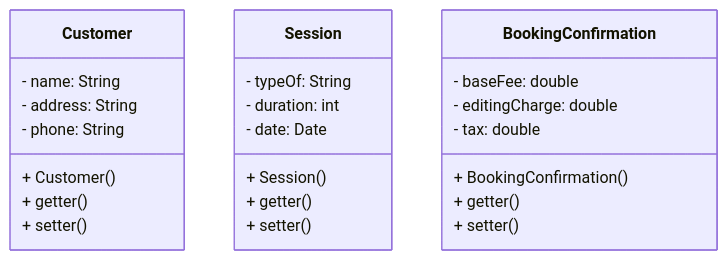
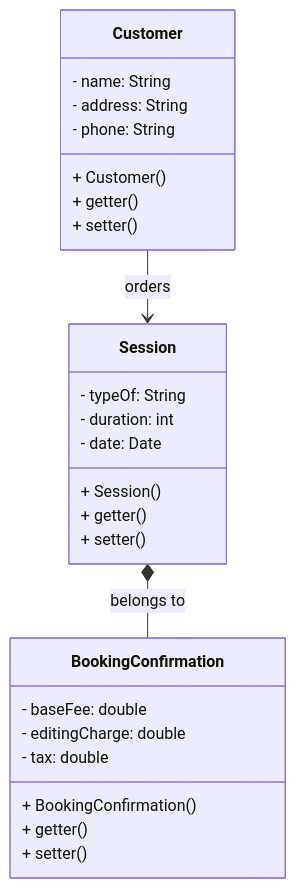
Before and after one commit to ngsang149dev/CIT-EIU: the diagram in CSE203/Lab1/Problem4/PhotographyStudio.mmd, drawn with Mermaid. The commit also changed 9 other files, not shown here.

```diff
--- a/CSE203/Lab1/Problem4/PhotographyStudio.mmd
+++ b/CSE203/Lab1/Problem4/PhotographyStudio.mmd
@@ -1,27 +1,30 @@
 classDiagram
     class Customer {
         - name: String
         - address: String
         - phone: String
         + Customer()
         + getter()
         + setter()
     }
 
     class Session {
         - typeOf: String
         - duration: int
         - date: Date
         + Session()
         + getter()
         + setter()
     }
 
     class BookingConfirmation {
         - baseFee: double
         - editingCharge: double
         - tax: double
         + BookingConfirmation()
         + getter()
         + setter()
     }
+
+    Customer --> Session: orders
+    Session *-- BookingConfirmation: belongs to
```
